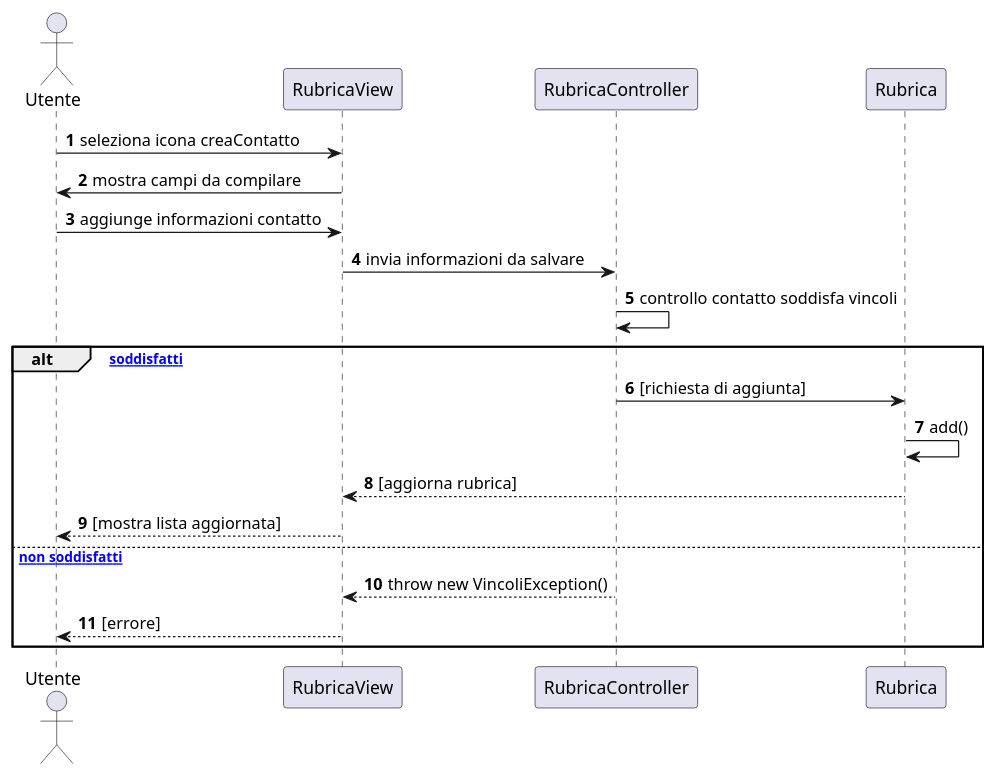
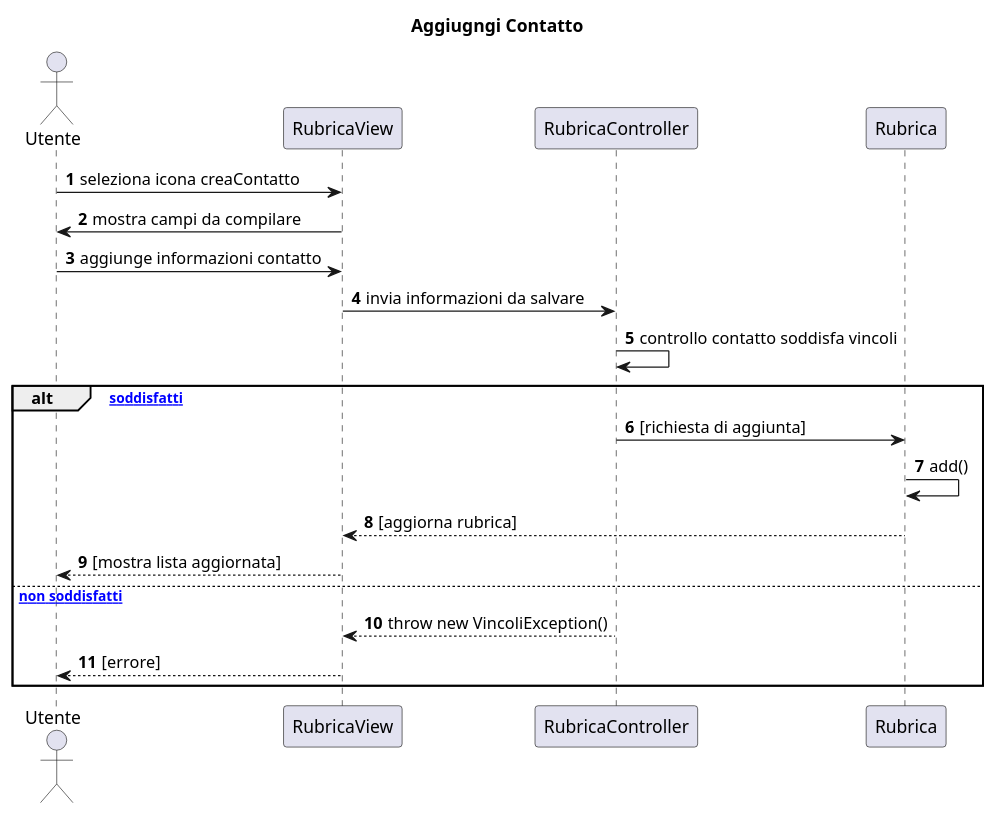
The diagram in docs/bozze/Diagrammi/Sequenza/ScenarioAggiungiContatto.puml (emanueletocci/uni-swe-project), drawn with PlantUML before and after one commit. The commit also changed 9 other files, not shown here.

First line of the commit message:
Aggiornamento diagrammi di sequenza

```diff
--- a/docs/bozze/Diagrammi/Sequenza/ScenarioAggiungiContatto.puml
+++ b/docs/bozze/Diagrammi/Sequenza/ScenarioAggiungiContatto.puml
@@ -1,22 +1,23 @@
 @startuml Aggiunta contatto
+title Aggiugngi Contatto
 autonumber
 actor Utente
 participant RubricaView
 participant RubricaController
 participant Rubrica
 
 Utente -> RubricaView : seleziona icona creaContatto
 RubricaView->Utente: mostra campi da compilare
 Utente->RubricaView: aggiunge informazioni contatto
 RubricaView->RubricaController: invia informazioni da salvare
 RubricaController->RubricaController: controllo contatto soddisfa vincoli
 alt [vincoli soddisfatti]
 RubricaController->Rubrica: [richiesta di aggiunta]
 Rubrica->Rubrica: add()
 Rubrica-->RubricaView: [aggiorna rubrica]
 RubricaView-->Utente: [mostra lista aggiornata]
  else [vincoli non soddisfatti]
 RubricaController-->RubricaView: throw new VincoliException()
 RubricaView-->Utente: [errore]
 end
 @enduml
```
